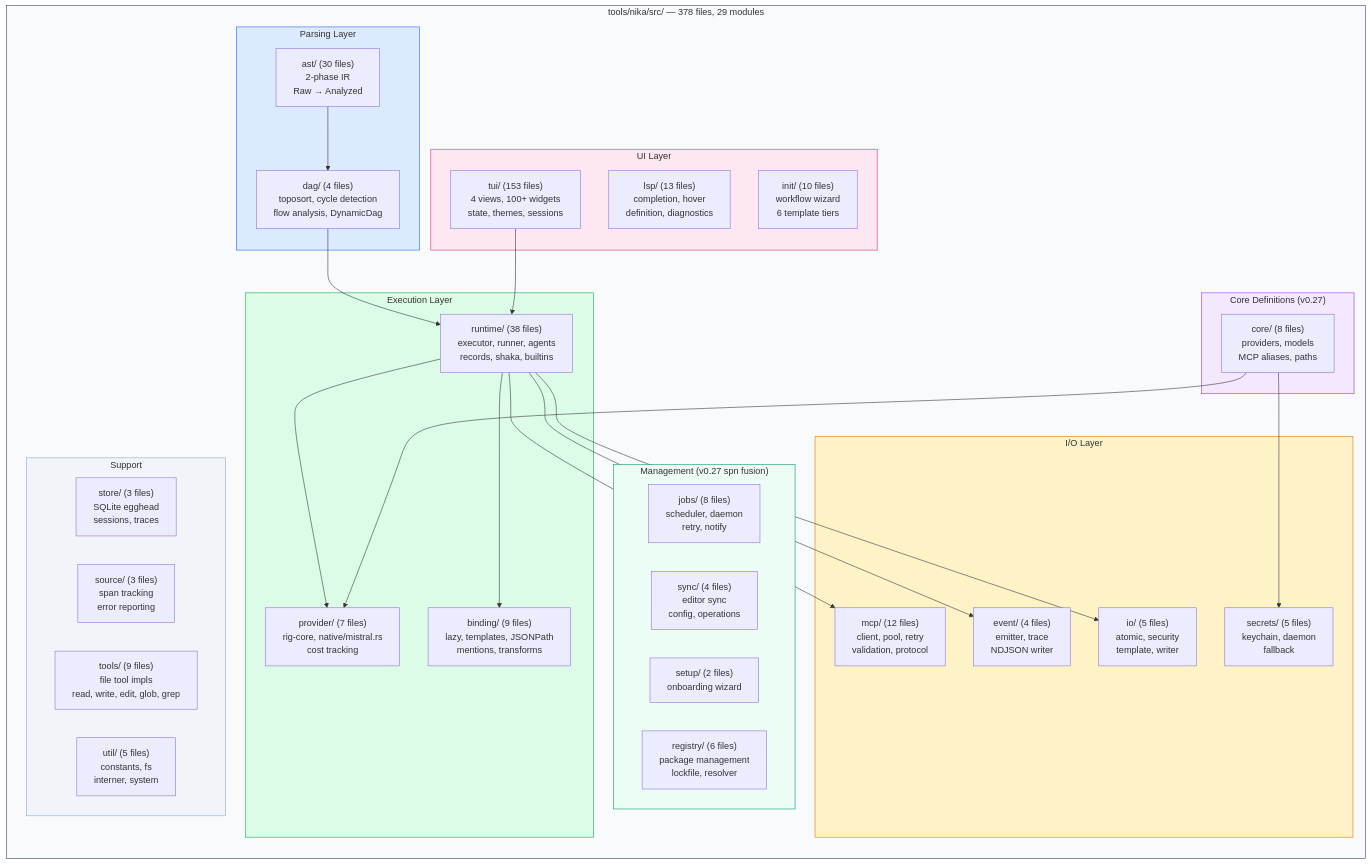
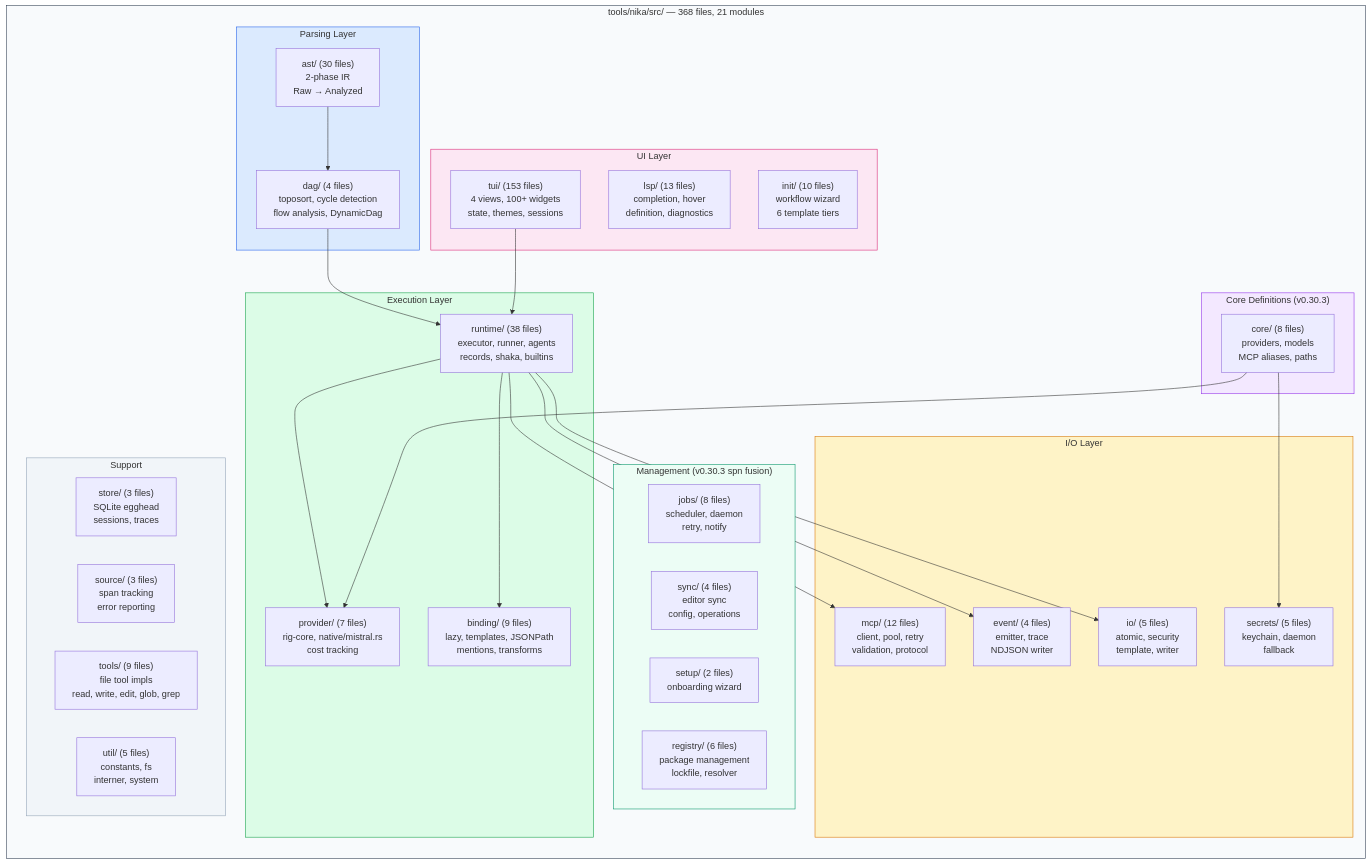
One commit to supernovae-st/nika changed diagram 21 of 23 in tools/nika/docs/brainstorm/nika-evolution/11-nika-030-technical-reference.md. Above: the diagram before and after it, drawn with Mermaid. The commit also changed other lines of this file and 35 other files, not shown here.

````diff
--- a/tools/nika/docs/brainstorm/nika-evolution/11-nika-030-technical-reference.md
+++ b/tools/nika/docs/brainstorm/nika-evolution/11-nika-030-technical-reference.md
@@ -1434,68 +1443,68 @@
 ```mermaid
 flowchart TB
-    subgraph SRC["tools/nika/src/ — 378 files, 29 modules"]
+    subgraph SRC["tools/nika/src/ — 368 files, 21 modules"]
         direction TB
 
         subgraph PARSE_LAYER["Parsing Layer"]
             AST_M["ast/ (30 files)\n2-phase IR\nRaw → Analyzed"]
             DAG_M["dag/ (4 files)\ntoposort, cycle detection\nflow analysis, DynamicDag"]
         end
 
         subgraph EXEC_LAYER["Execution Layer"]
             RUNTIME_M["runtime/ (38 files)\nexecutor, runner, agents\nrecords, shaka, builtins"]
             PROVIDER_M["provider/ (7 files)\nrig-core, native/mistral.rs\ncost tracking"]
             BINDING_M["binding/ (9 files)\nlazy, templates, JSONPath\nmentions, transforms"]
         end
 
         subgraph IO_LAYER_M["I/O Layer"]
             MCP_M["mcp/ (12 files)\nclient, pool, retry\nvalidation, protocol"]
             EVENT_M["event/ (4 files)\nemitter, trace\nNDJSON writer"]
             IO_M["io/ (5 files)\natomic, security\ntemplate, writer"]
             SECRETS_M["secrets/ (5 files)\nkeychain, daemon\nfallback"]
         end
 
-        subgraph CORE_LAYER["Core Definitions (v0.27)"]
+        subgraph CORE_LAYER["Core Definitions (v0.30.3)"]
             CORE_M["core/ (8 files)\nproviders, models\nMCP aliases, paths"]
         end
 
         subgraph UI_LAYER["UI Layer"]
             TUI_M["tui/ (153 files)\n4 views, 100+ widgets\nstate, themes, sessions"]
             LSP_M["lsp/ (13 files)\ncompletion, hover\ndefinition, diagnostics"]
             INIT_M["init/ (10 files)\nworkflow wizard\n6 template tiers"]
         end
 
-        subgraph MGMT_LAYER["Management (v0.27 spn fusion)"]
+        subgraph MGMT_LAYER["Management (v0.30.3 spn fusion)"]
             JOBS_M["jobs/ (8 files)\nscheduler, daemon\nretry, notify"]
             SYNC_M["sync/ (4 files)\neditor sync\nconfig, operations"]
             SETUP_M["setup/ (2 files)\nonboarding wizard"]
             REGISTRY_M["registry/ (6 files)\npackage management\nlockfile, resolver"]
         end
 
         subgraph SUPPORT["Support"]
             STORE_M["store/ (3 files)\nSQLite egghead\nsessions, traces"]
             SOURCE_M["source/ (3 files)\nspan tracking\nerror reporting"]
             TOOLS_M["tools/ (9 files)\nfile tool impls\nread, write, edit, glob, grep"]
             UTIL_M["util/ (5 files)\nconstants, fs\ninterner, system"]
         end
     end
 
     AST_M --> DAG_M
     DAG_M --> RUNTIME_M
     RUNTIME_M --> PROVIDER_M
     RUNTIME_M --> BINDING_M
     RUNTIME_M --> MCP_M
     RUNTIME_M --> EVENT_M
     RUNTIME_M --> IO_M
     CORE_M --> PROVIDER_M
     CORE_M --> SECRETS_M
     TUI_M --> RUNTIME_M
 
     style SRC fill:#f8fafc,stroke:#334155
     style PARSE_LAYER fill:#dbeafe,stroke:#2563eb
     style EXEC_LAYER fill:#dcfce7,stroke:#16a34a
     style IO_LAYER_M fill:#fef3c7,stroke:#d97706
     style CORE_LAYER fill:#f3e8ff,stroke:#9333ea
     style UI_LAYER fill:#fce7f3,stroke:#db2777
     style MGMT_LAYER fill:#ecfdf5,stroke:#059669
     style SUPPORT fill:#f1f5f9,stroke:#94a3b8
 ```
````
